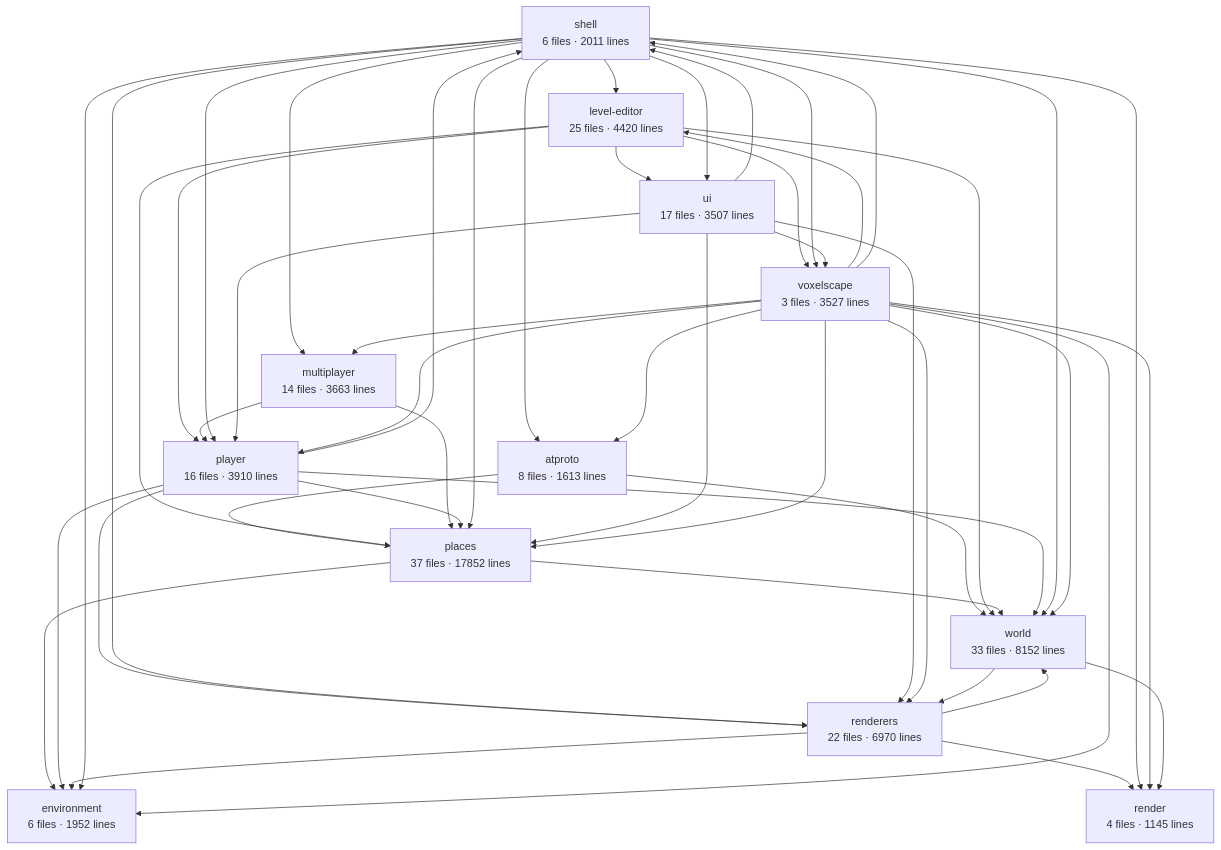
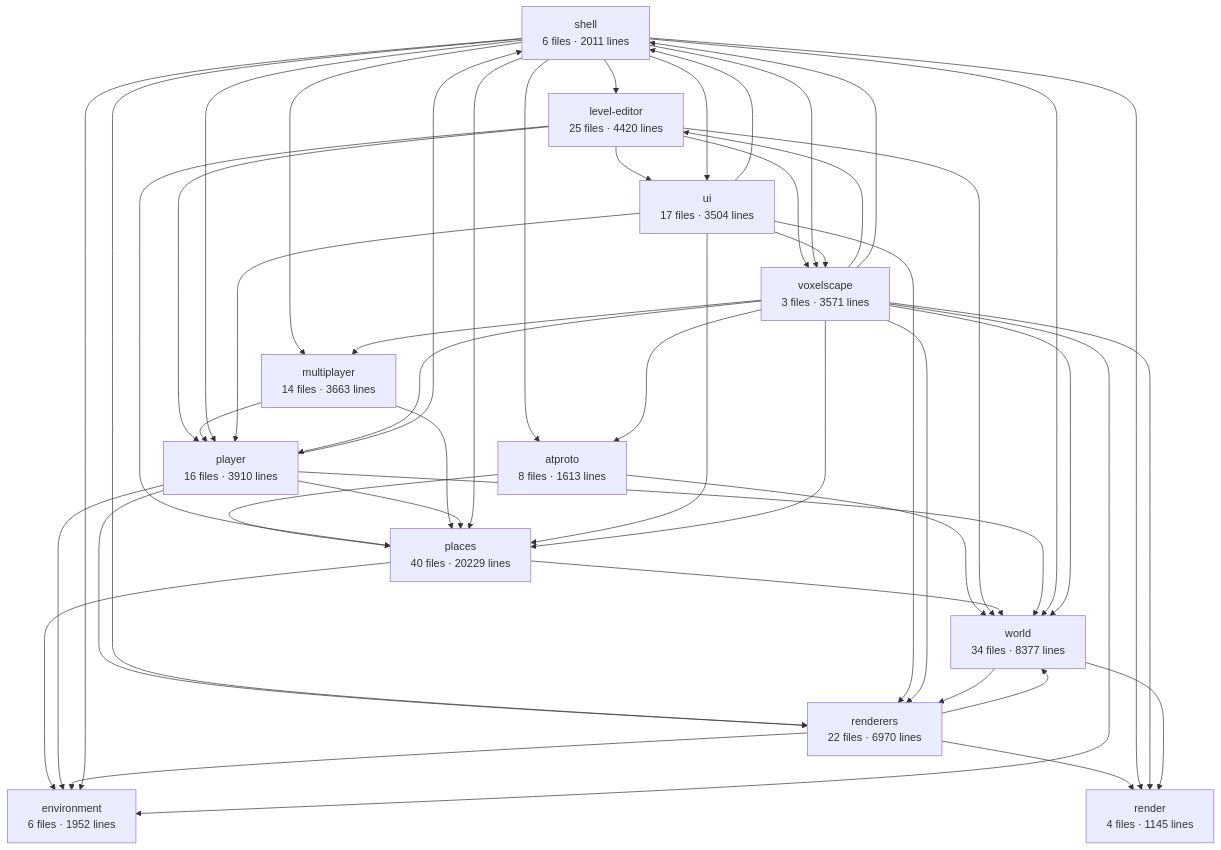
One commit to big-mesh-studios/big-mesh-studios changed the diagram in apps/voxelscape/docs/architecture.md. Above: the diagram before and after it, drawn with Mermaid. The commit also changed other lines of this file and 20 other files, not shown here.

````diff
--- a/apps/voxelscape/docs/architecture.md
+++ b/apps/voxelscape/docs/architecture.md
@@ -6,62 +6,62 @@
 ```mermaid
 graph TD
   shell["shell<br/>6 files · 2011 lines"]
-  voxelscape["voxelscape<br/>3 files · 3527 lines"]
-  world["world<br/>33 files · 8152 lines"]
+  voxelscape["voxelscape<br/>3 files · 3571 lines"]
+  world["world<br/>34 files · 8377 lines"]
   renderers["renderers<br/>22 files · 6970 lines"]
   render["render<br/>4 files · 1145 lines"]
   player["player<br/>16 files · 3910 lines"]
   multiplayer["multiplayer<br/>14 files · 3663 lines"]
-  places["places<br/>37 files · 17852 lines"]
+  places["places<br/>40 files · 20229 lines"]
   environment["environment<br/>6 files · 1952 lines"]
   atproto["atproto<br/>8 files · 1613 lines"]
-  ui["ui<br/>17 files · 3507 lines"]
+  ui["ui<br/>17 files · 3504 lines"]
   level-editor["level-editor<br/>25 files · 4420 lines"]
   atproto --> places
   atproto --> world
   level-editor --> places
   level-editor --> player
   level-editor --> ui
   level-editor --> voxelscape
   level-editor --> world
   multiplayer --> places
   multiplayer --> player
   places --> environment
   places --> world
   player --> environment
   player --> places
   player --> renderers
   player --> shell
   player --> world
   renderers --> environment
   renderers --> render
   renderers --> world
   shell --> atproto
   shell --> environment
   shell --> level-editor
   shell --> multiplayer
   shell --> places
   shell --> player
   shell --> render
   shell --> renderers
   shell --> ui
   shell --> voxelscape
   shell --> world
   ui --> places
   ui --> player
   ui --> renderers
   ui --> shell
   ui --> voxelscape
   voxelscape --> atproto
   voxelscape --> environment
   voxelscape --> level-editor
   voxelscape --> multiplayer
   voxelscape --> places
   voxelscape --> player
   voxelscape --> render
   voxelscape --> renderers
   voxelscape --> shell
   voxelscape --> world
   world --> render
   world --> renderers
 ```
````
